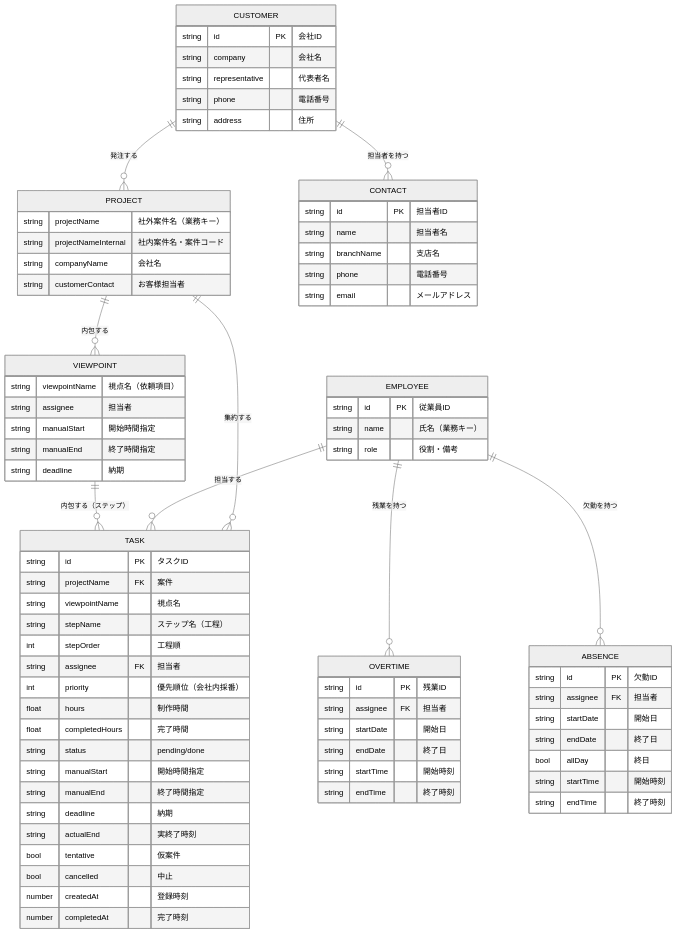
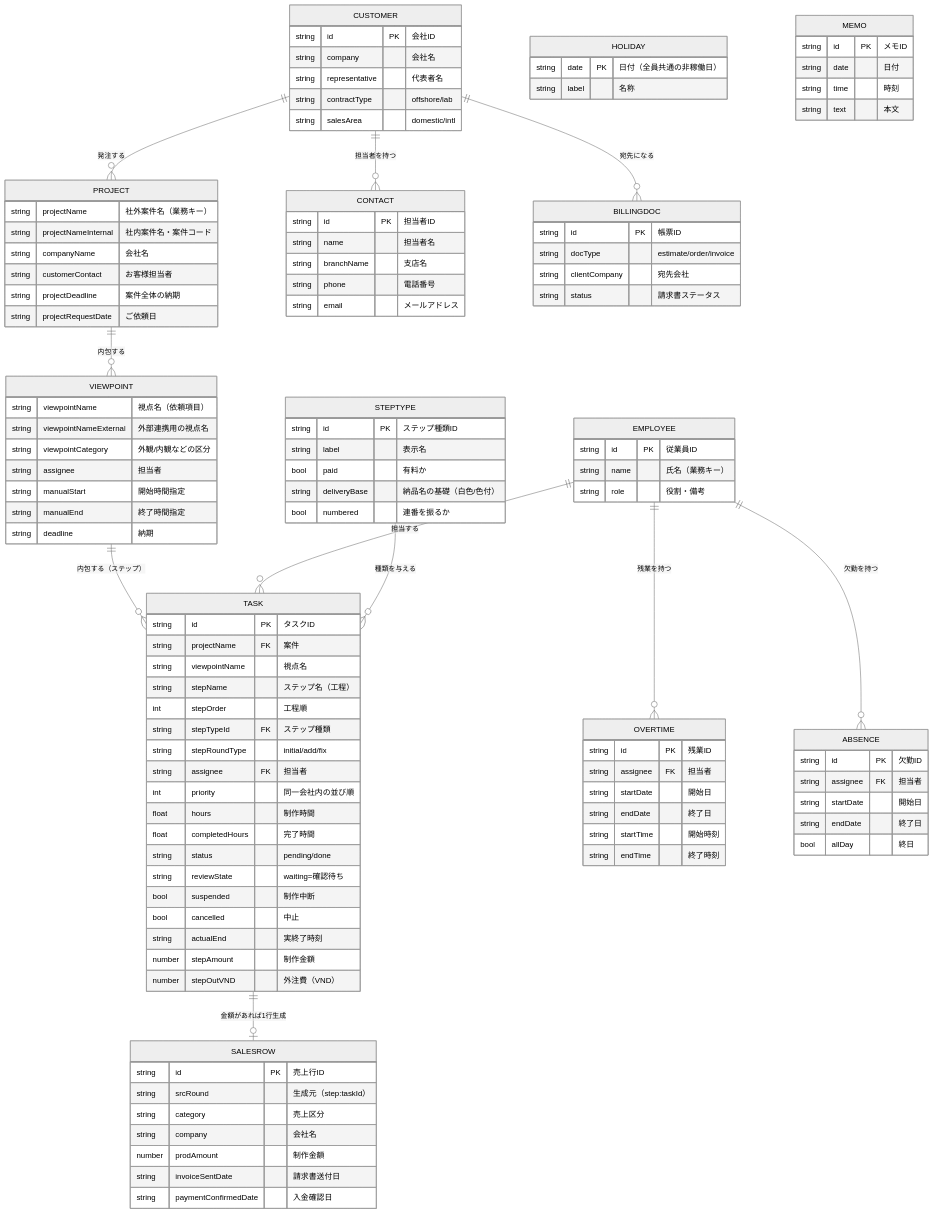
The diagram in docs/02_ER図_データモデル設計書.md (NAKAMUAR/koutei-zu), drawn with Mermaid (neutral theme) before and after one commit. The commit also changed other lines of this file and 5 other files, not shown here.

````diff
--- a/docs/02_ER図_データモデル設計書.md
+++ b/docs/02_ER図_データモデル設計書.md
@@ -32,16 +33,22 @@
     EMPLOYEE ||--o{ ABSENCE : "欠勤を持つ"
     CUSTOMER ||--o{ CONTACT : "担当者を持つ"
     CUSTOMER ||--o{ PROJECT : "発注する"
-    PROJECT ||--o{ TASK : "集約する"
+    STEPTYPE ||--o{ TASK : "種類を与える"
+    TASK ||--o| SALESROW : "金額があれば1行生成"
+    CUSTOMER ||--o{ BILLINGDOC : "宛先になる"
 
     PROJECT {
         string projectName "社外案件名（業務キー）"
         string projectNameInternal "社内案件名・案件コード"
         string companyName "会社名"
         string customerContact "お客様担当者"
+        string projectDeadline "案件全体の納期"
+        string projectRequestDate "ご依頼日"
     }
     VIEWPOINT {
         string viewpointName "視点名（依頼項目）"
+        string viewpointNameExternal "外部連携用の視点名"
+        string viewpointCategory "外観/内観などの区分"
         string assignee "担当者"
         string manualStart "開始時間指定"
         string manualEnd "終了時間指定"
@@ -53,19 +60,19 @@
         string viewpointName "視点名"
         string stepName "ステップ名（工程）"
         int stepOrder "工程順"
+        string stepTypeId FK "ステップ種類"
+        string stepRoundType "initial/add/fix"
         string assignee FK "担当者"
-        int priority "優先順位（会社内採番）"
+        int priority "同一会社内の並び順"
         float hours "制作時間"
         float completedHours "完了時間"
         string status "pending/done"
-        string manualStart "開始時間指定"
-        string manualEnd "終了時間指定"
-        string deadline "納期"
+        string reviewState "waiting=確認待ち"
+        bool suspended "制作中断"
+        bool cancelled "中止"
         string actualEnd "実終了時刻"
-        bool tentative "仮案件"
-        bool cancelled "中止"
-        number createdAt "登録時刻"
-        number completedAt "完了時刻"
+        number stepAmount "制作金額"
+        number stepOutVND "外注費（VND）"
     }
     EMPLOYEE {
         string id PK "従業員ID"
@@ -76,8 +83,8 @@
         string id PK "会社ID"
         string company "会社名"
         string representative "代表者名"
-        string phone "電話番号"
-        string address "住所"
+        string contractType "offshore/lab"
+        string salesArea "domestic/intl"
     }
     CONTACT {
         string id PK "担当者ID"
@@ -85,6 +92,13 @@
         string branchName "支店名"
         string phone "電話番号"
         string email "メールアドレス"
+    }
+    STEPTYPE {
+        string id PK "ステップ種類ID"
+        string label "表示名"
+        bool paid "有料か"
+        string deliveryBase "納品名の基礎（白色/色付）"
+        bool numbered "連番を振るか"
     }
     OVERTIME {
         string id PK "残業ID"
@@ -100,7 +114,30 @@
         string startDate "開始日"
         string endDate "終了日"
         bool allDay "終日"
-        string startTime "開始時刻"
-        string endTime "終了時刻"
+    }
+    HOLIDAY {
+        string date PK "日付（全員共通の非稼働日）"
+        string label "名称"
+    }
+    SALESROW {
+        string id PK "売上行ID"
+        string srcRound "生成元（step:taskId）"
+        string category "売上区分"
+        string company "会社名"
+        number prodAmount "制作金額"
+        string invoiceSentDate "請求書送付日"
+        string paymentConfirmedDate "入金確認日"
+    }
+    BILLINGDOC {
+        string id PK "帳票ID"
+        string docType "estimate/order/invoice"
+        string clientCompany "宛先会社"
+        string status "請求書ステータス"
+    }
+    MEMO {
+        string id PK "メモID"
+        string date "日付"
+        string time "時刻"
+        string text "本文"
     }
 ```
````
